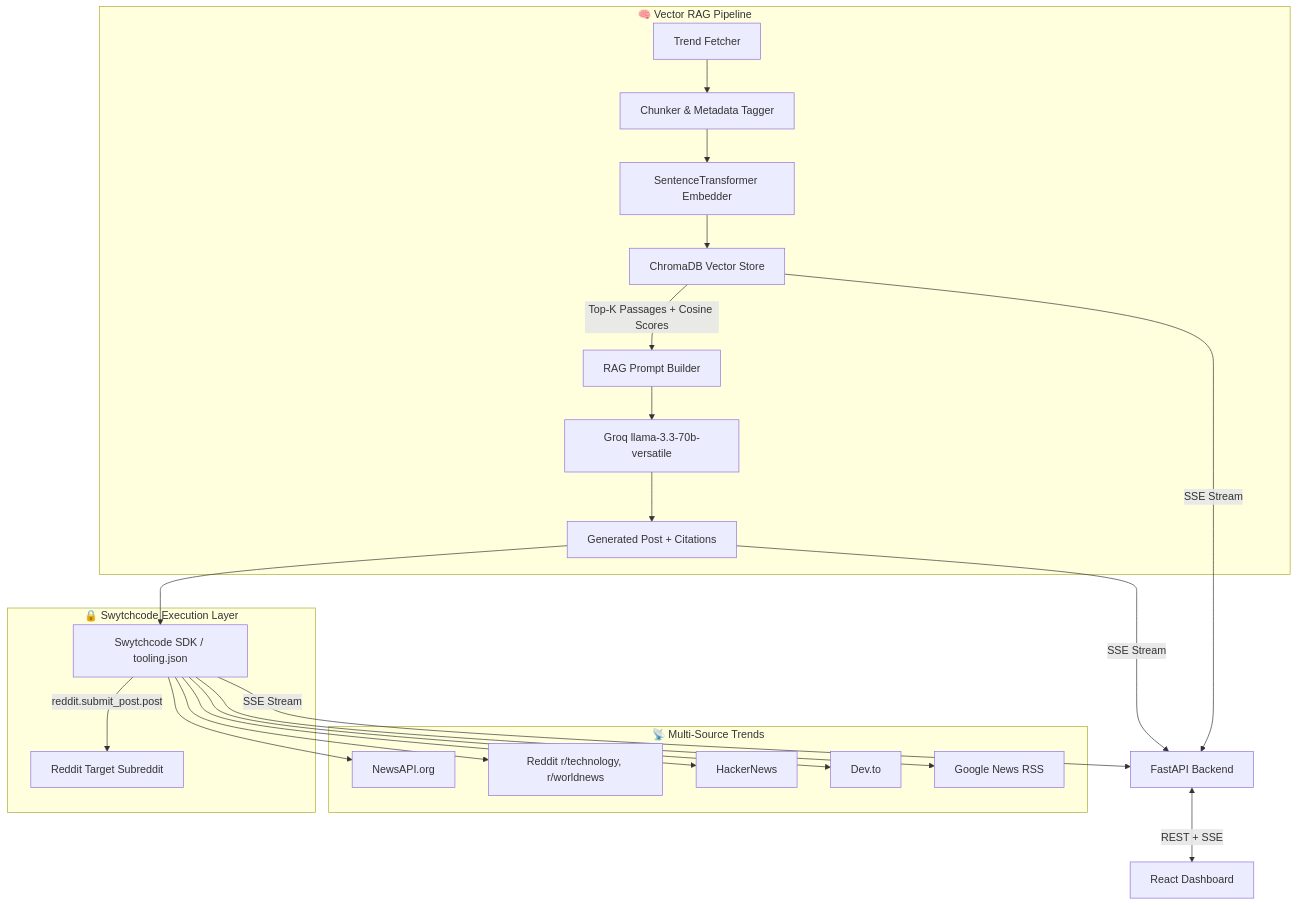
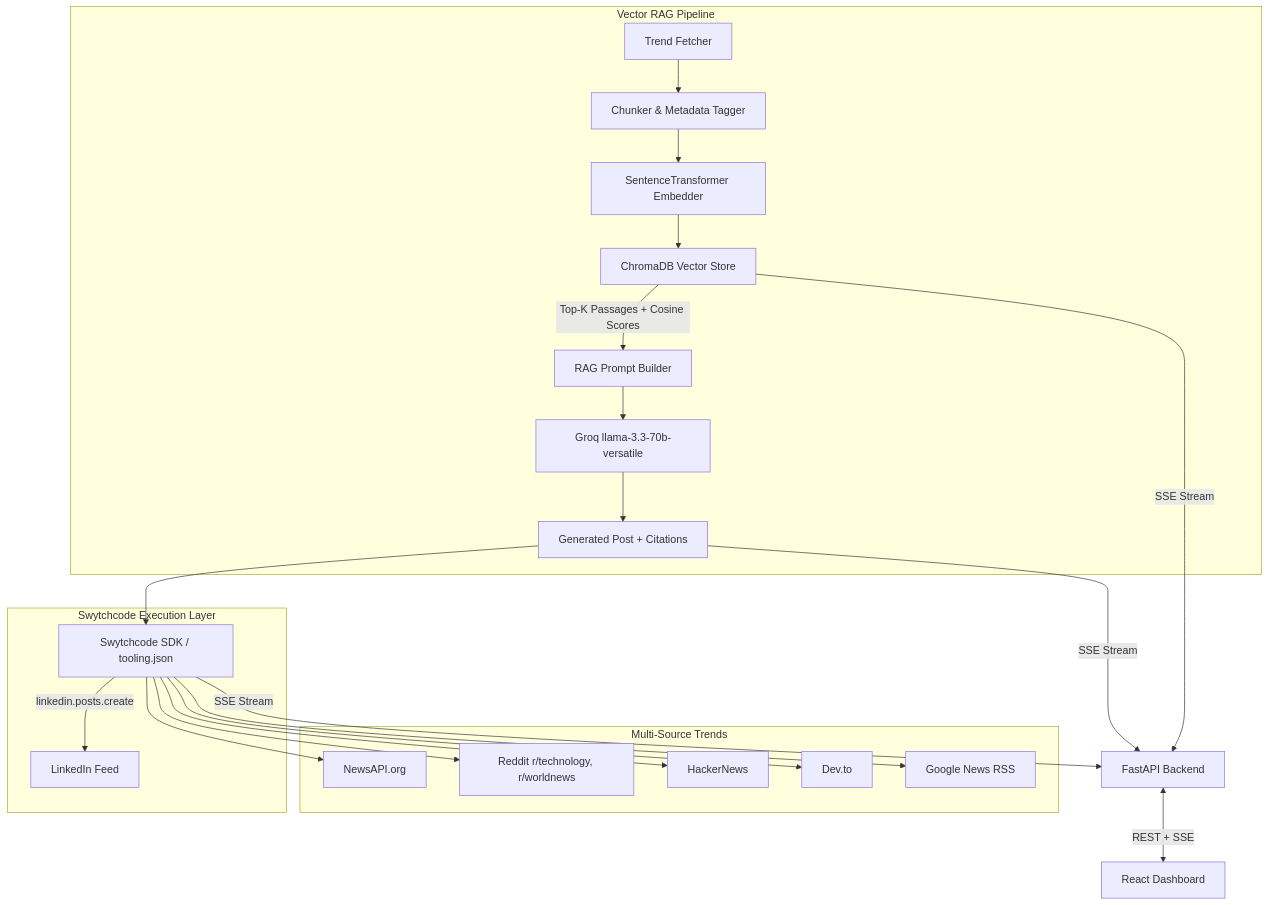
Before and after one commit to piyush28verma/TrendPulse: the diagram in README.md, drawn with Mermaid. The commit also changed other lines of this file and 9 other files, not shown here.

````diff
--- a/README.md
+++ b/README.md
@@ -22,29 +20,29 @@
 ```mermaid
 graph TD
-    subgraph "📡 Multi-Source Trends"
+    subgraph "Multi-Source Trends"
         NA["NewsAPI.org"]
         RD["Reddit r/technology, r/worldnews"]
         HN["HackerNews"]
         DEV["Dev.to"]
         GN["Google News RSS"]
     end
 
-    subgraph "🔒 Swytchcode Execution Layer"
+    subgraph "Swytchcode Execution Layer"
         SC["Swytchcode SDK / tooling.json"]
         SC --> NA & RD & HN & DEV & GN
-        SC -->|reddit.submit_post.post| REDDIT["Reddit Target Subreddit"]
+        SC -->|linkedin.posts.create| LI["LinkedIn Feed"]
     end
 
-    subgraph "🧠 Vector RAG Pipeline"
+    subgraph "Vector RAG Pipeline"
         F["Trend Fetcher"] --> CH["Chunker & Metadata Tagger"]
         CH --> VE["SentenceTransformer Embedder"]
         VE --> DB["ChromaDB Vector Store"]
         DB -->|"Top-K Passages + Cosine Scores"| PR["RAG Prompt Builder"]
         PR --> GQ["Groq llama-3.3-70b-versatile"]
         GQ --> OUT["Generated Post + Citations"]
     end
 
     OUT --> SC
     DB & SC & OUT -->|SSE Stream| API["FastAPI Backend"]
     API <-->|REST + SSE| UI["React Dashboard"]
 ```
````
